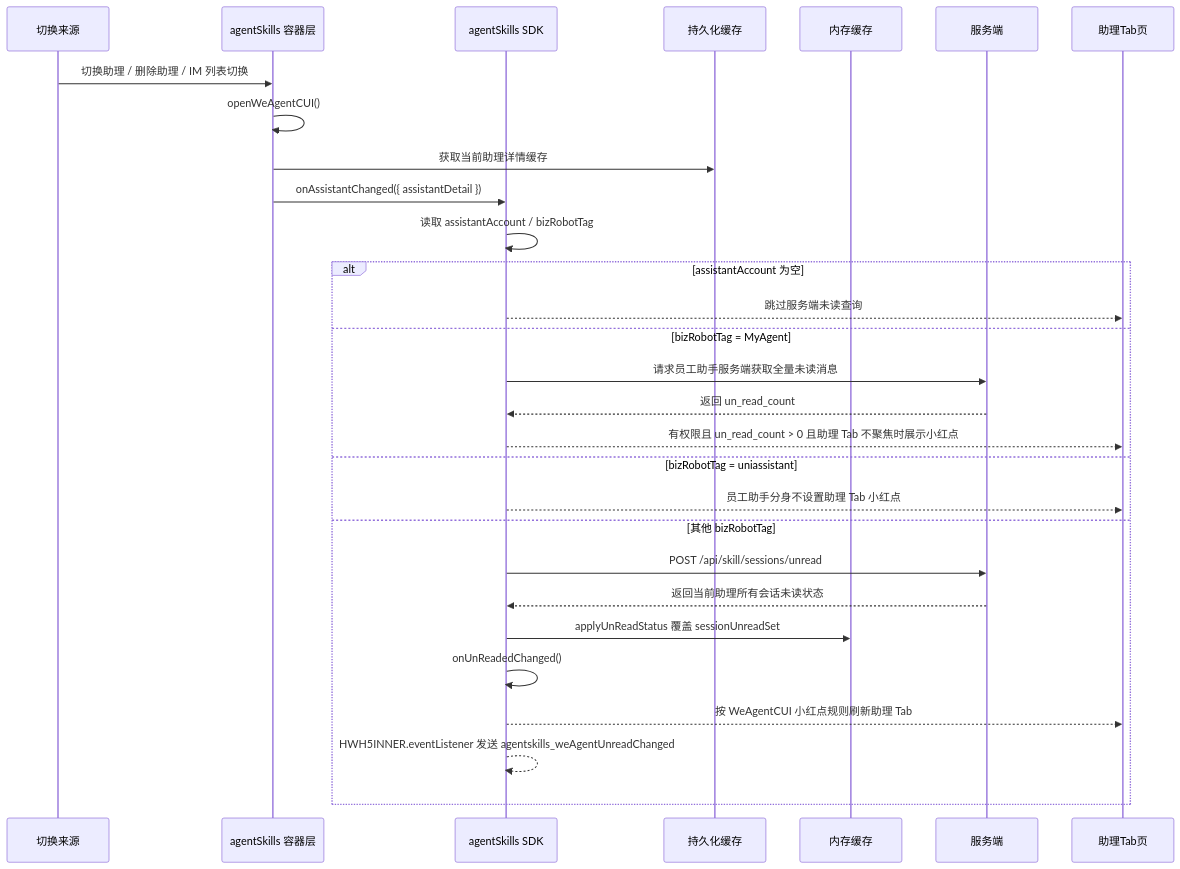
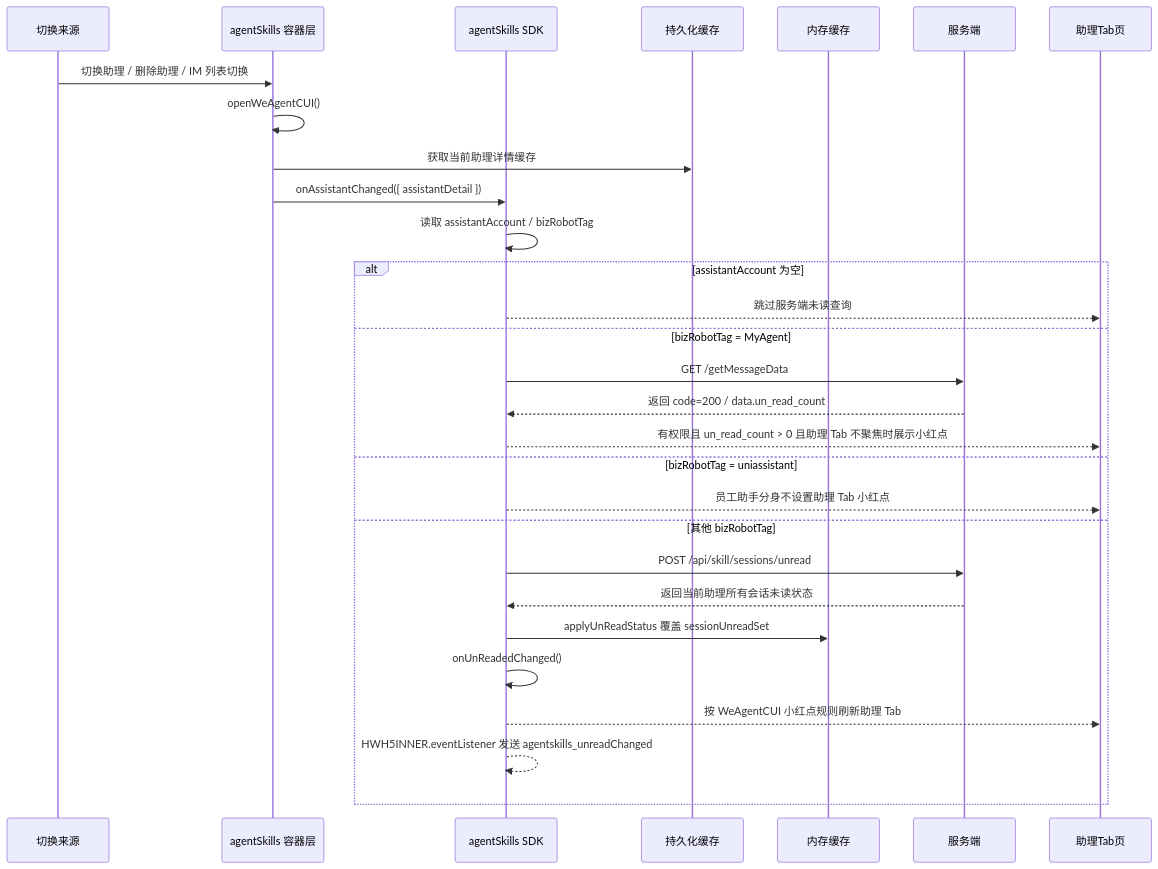
The fourth of 10 diagrams in 2026-06-11-we-agent-tab-unread-red-dot-plan.md (Abelsjcheng/skillSDK), drawn with Mermaid before and after one commit. The commit also changed other lines of this file and 53 other files, not shown here.

````diff
--- a/2026-06-11-we-agent-tab-unread-red-dot-plan.md
+++ b/2026-06-11-we-agent-tab-unread-red-dot-plan.md
@@ -207,32 +207,32 @@
 ```mermaid
 sequenceDiagram
     participant Source as 切换来源
     participant Container as agentSkills 容器层
     participant SDK as agentSkills SDK
     participant Persist as 持久化缓存
     participant Memory as 内存缓存
     participant Server as 服务端
     participant Tab as 助理Tab页
 
     Source->>Container: 切换助理 / 删除助理 / IM 列表切换
     Container->>Container: openWeAgentCUI()
     Container->>Persist: 获取当前助理详情缓存
     Container->>SDK: onAssistantChanged({ assistantDetail })
     SDK->>SDK: 读取 assistantAccount / bizRobotTag
     alt assistantAccount 为空
         SDK-->>Tab: 跳过服务端未读查询
     else bizRobotTag = MyAgent
-        SDK->>Server: 请求员工助手服务端获取全量未读消息
-        Server-->>SDK: 返回 un_read_count
+        SDK->>Server: GET /getMessageData
+        Server-->>SDK: 返回 code=200 / data.un_read_count
         SDK-->>Tab: 有权限且 un_read_count > 0 且助理 Tab 不聚焦时展示小红点
     else bizRobotTag = uniassistant
         SDK-->>Tab: 员工助手分身不设置助理 Tab 小红点
     else 其他 bizRobotTag
         SDK->>Server: POST /api/skill/sessions/unread
         Server-->>SDK: 返回当前助理所有会话未读状态
         SDK->>Memory: applyUnReadStatus 覆盖 sessionUnreadSet
         SDK->>SDK: onUnReadedChanged()
         SDK-->>Tab: 按 WeAgentCUI 小红点规则刷新助理 Tab
-        SDK-->>SDK: HWH5INNER.eventListener 发送 agentskills_weAgentUnreadChanged
+        SDK-->>SDK: HWH5INNER.eventListener 发送 agentskills_unreadChanged
     end
 ```
````
